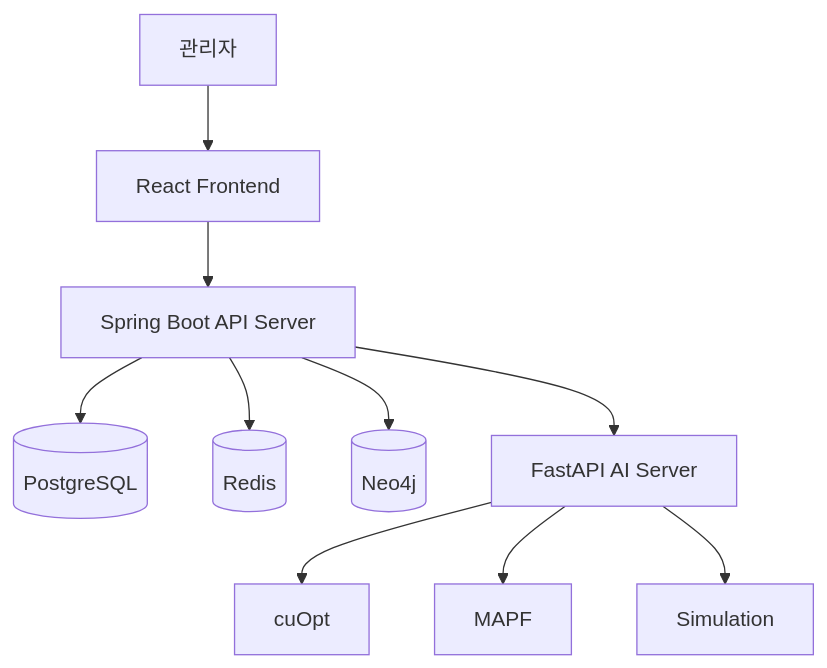
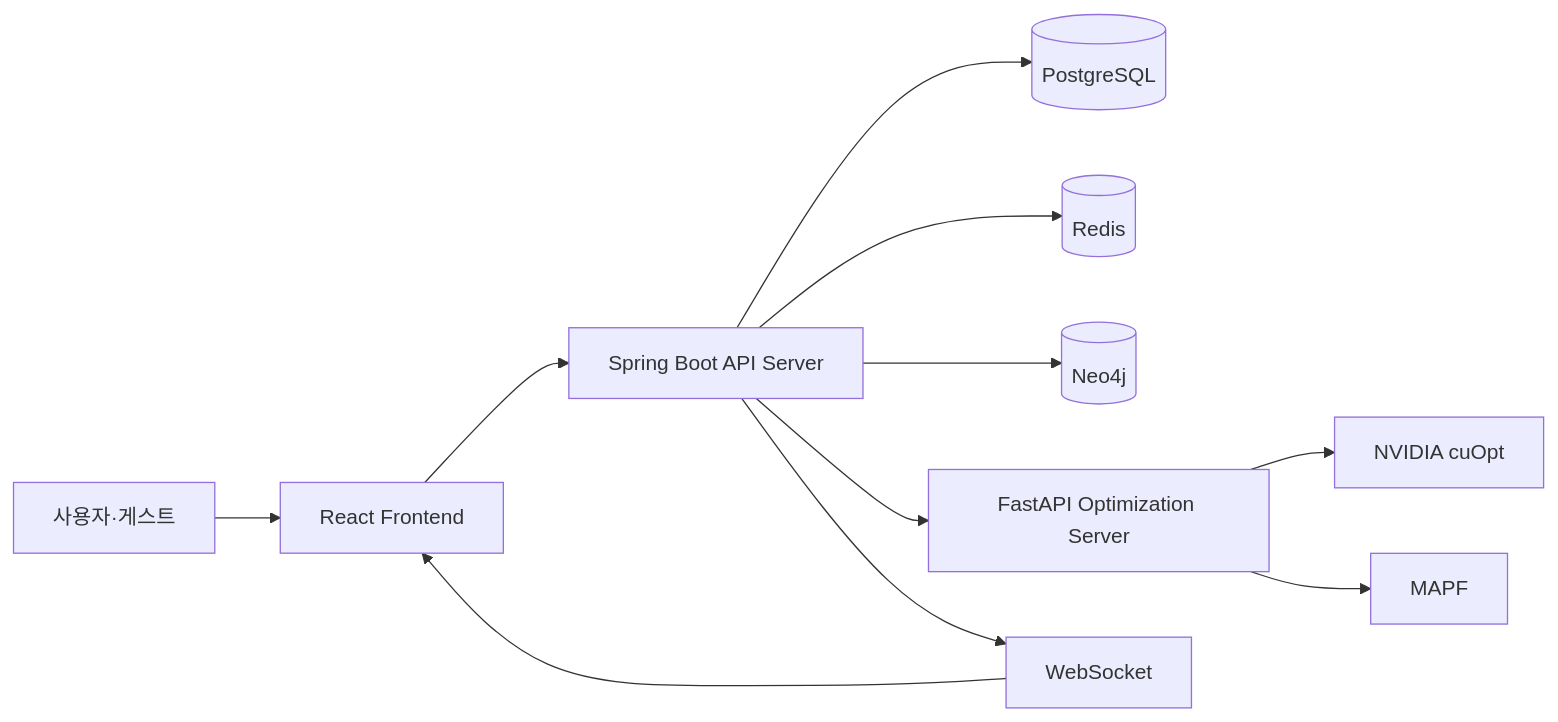
One commit to pbjun2000/digital-twin-warehouse-backend changed the diagram in README.md. Above: the diagram before and after it, drawn with Mermaid. The commit also changed other lines of this file, not shown here.

````diff
--- a/README.md
+++ b/README.md
@@ -130,27 +177,16 @@
 ```mermaid
-flowchart TD
-    USER[관리자]
-    FE[React Frontend]
-    BE[Spring Boot API Server]
+flowchart LR
+    USER[사용자·게스트] --> FE[React Frontend]
+    FE --> BE[Spring Boot API Server]
 
-    POSTGRES[(PostgreSQL)]
-    REDIS[(Redis)]
-    NEO4J[(Neo4j)]
-    FASTAPI[FastAPI AI Server]
+    BE --> PG[(PostgreSQL)]
+    BE --> REDIS[(Redis)]
+    BE --> NEO4J[(Neo4j)]
+    BE --> FASTAPI[FastAPI Optimization Server]
 
-    CUOPT[cuOpt]
-    MAPF[MAPF]
-    SIM[Simulation]
+    FASTAPI --> CUOPT[NVIDIA cuOpt]
+    FASTAPI --> MAPF[MAPF]
 
-    USER --> FE
-    FE --> BE
-
-    BE --> POSTGRES
-    BE --> REDIS
-    BE --> NEO4J
-    BE --> FASTAPI
-
-    FASTAPI --> CUOPT
-    FASTAPI --> MAPF
-    FASTAPI --> SIM
+    BE --> WS[WebSocket]
+    WS --> FE
 ```
````
